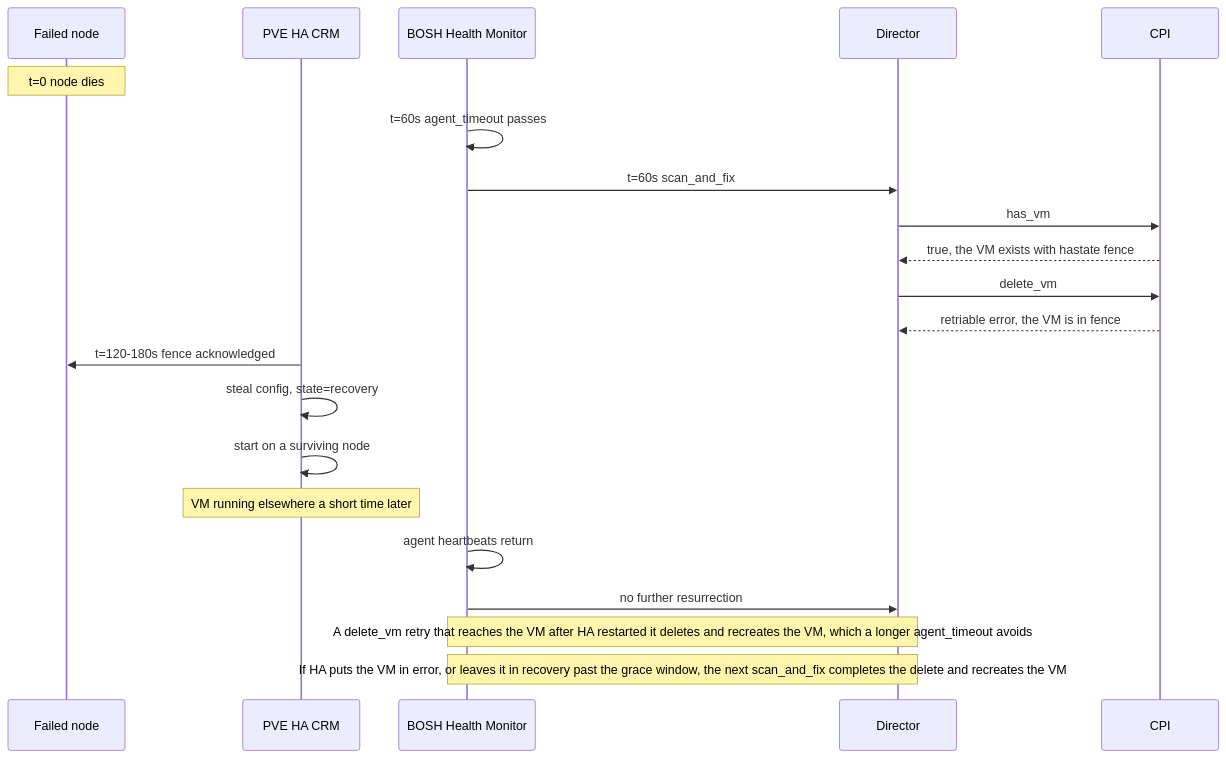
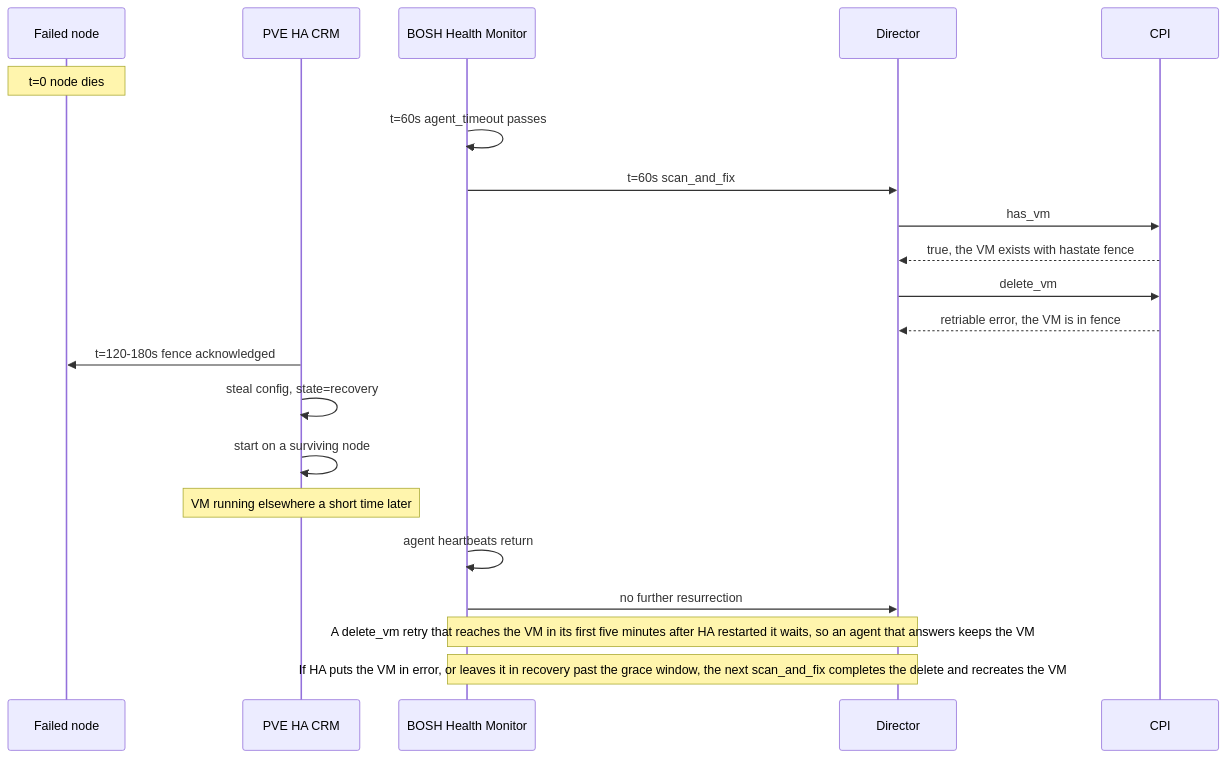
Before and after one commit to fivetwenty-io/bosh-proxmox-cpi-release: the diagram in docs/ha-and-resurrection.md, drawn with Mermaid. The commit also changed other lines of this file and 2 other files, not shown here.

First line of the commit message:
docs(ha): describe the settle wait after PVE HA restarts a VM

````diff
--- a/docs/ha-and-resurrection.md
+++ b/docs/ha-and-resurrection.md
@@ -131,23 +131,23 @@
 ```mermaid
 sequenceDiagram
     participant N as Failed node
     participant HA as PVE HA CRM
     participant HM as BOSH Health Monitor
     participant D as Director
     participant C as CPI
     Note over N: t=0 node dies
     HM->>HM: t=60s agent_timeout passes
     HM->>D: t=60s scan_and_fix
     D->>C: has_vm
     C-->>D: true, the VM exists with hastate fence
     D->>C: delete_vm
     C-->>D: retriable error, the VM is in fence
     HA->>N: t=120-180s fence acknowledged
     HA->>HA: steal config, state=recovery
     HA->>HA: start on a surviving node
     Note over HA: VM running elsewhere a short time later
     HM->>HM: agent heartbeats return
     HM->>D: no further resurrection
-    Note over HM,D: A delete_vm retry that reaches the VM after HA restarted it deletes and recreates the VM, which a longer agent_timeout avoids
+    Note over HM,D: A delete_vm retry that reaches the VM in its first five minutes after HA restarted it waits, so an agent that answers keeps the VM
     Note over HM,D: If HA puts the VM in error, or leaves it in recovery past the grace window, the next scan_and_fix completes the delete and recreates the VM
 ```
````
